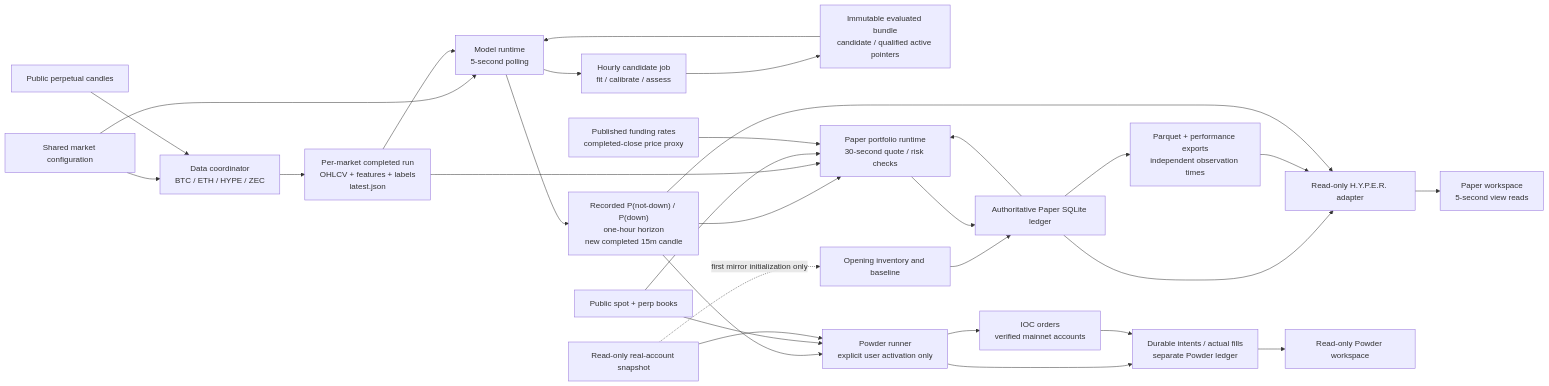
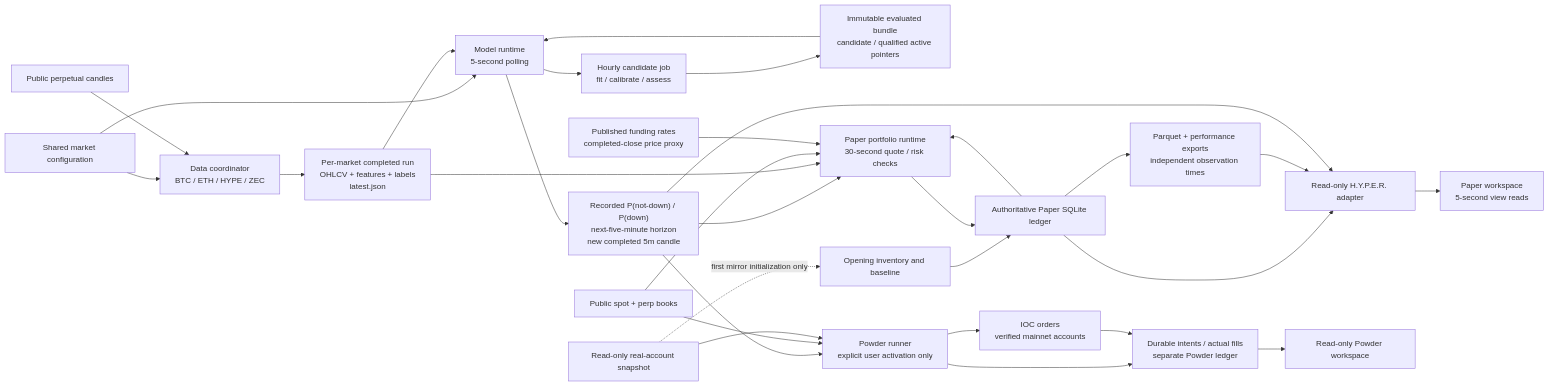
One commit to jeremysecondstate/ducketz changed the first of 2 diagrams in docs/hyperliquid-system-analysis/LOOP_MAP.md. Above: the diagram before and after it, drawn with Mermaid. The commit also changed 193 other files, not shown here.

````diff
--- a/docs/hyperliquid-system-analysis/LOOP_MAP.md
+++ b/docs/hyperliquid-system-analysis/LOOP_MAP.md
@@ -7,32 +7,32 @@
 ```mermaid
 flowchart LR
     CFG["Shared market configuration"] --> DATA["Data coordinator<br/>BTC / ETH / HYPE / ZEC"]
     CANDLES["Public perpetual candles"] --> DATA
     DATA --> SNAP["Per-market completed run<br/>OHLCV + features + labels<br/>latest.json"]
     CFG --> MODELS["Model runtime<br/>5-second polling"]
     SNAP --> MODELS
     MODELS --> FIT["Hourly candidate job<br/>fit / calibrate / assess"]
     FIT --> BUNDLE["Immutable evaluated bundle<br/>candidate / qualified active pointers"]
     BUNDLE --> MODELS
-    MODELS --> PRED["Recorded P(not-down) / P(down)<br/>one-hour horizon<br/>new completed 15m candle"]
+    MODELS --> PRED["Recorded P(not-down) / P(down)<br/>next-five-minute horizon<br/>new completed 5m candle"]
     PRED --> PAPER["Paper portfolio runtime<br/>30-second quote / risk checks"]
     SNAP --> PAPER
     BOOKS["Public spot + perp books"] --> PAPER
     FUND["Published funding rates<br/>completed-close price proxy"] --> PAPER
     REAL["Read-only real-account snapshot"] -. "first mirror initialization only" .-> SEED["Opening inventory and baseline"]
     SEED --> LEDGER["Authoritative Paper SQLite ledger"]
     LEDGER --> PAPER
     PAPER --> LEDGER
     LEDGER --> EXPORTS["Parquet + performance exports<br/>independent observation times"]
     LEDGER --> VIEW["Read-only H.Y.P.E.R. adapter"]
     EXPORTS --> VIEW
     PRED --> VIEW
     VIEW --> UI["Paper workspace<br/>5-second view reads"]
     PRED --> POWDER["Powder runner<br/>explicit user activation only"]
     BOOKS --> POWDER
     REAL --> POWDER
     POWDER --> LIVE["Durable intents / actual fills<br/>separate Powder ledger"]
     POWDER --> EXCHANGE["IOC orders<br/>verified mainnet accounts"]
     EXCHANGE --> LIVE
     LIVE --> POWDERVIEW["Read-only Powder workspace"]
 ```
````
